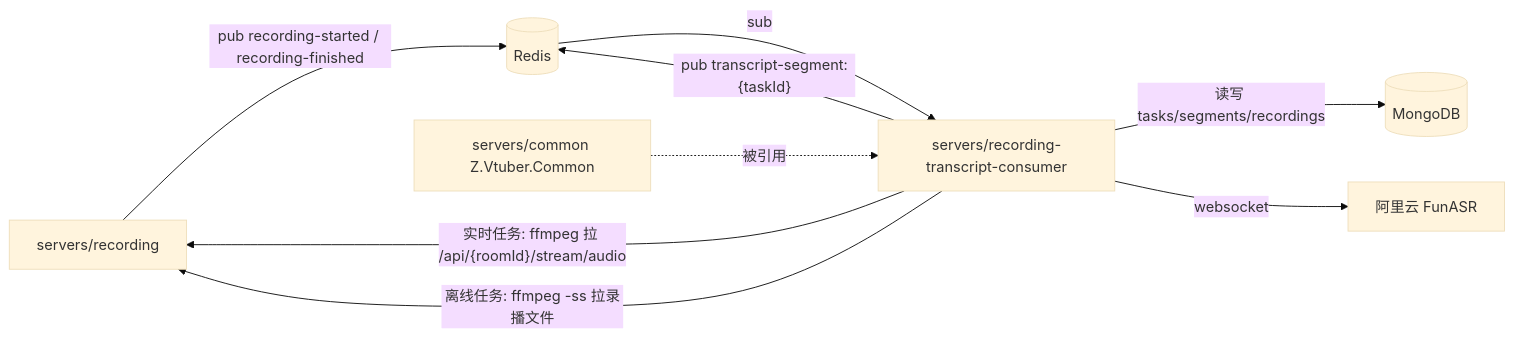
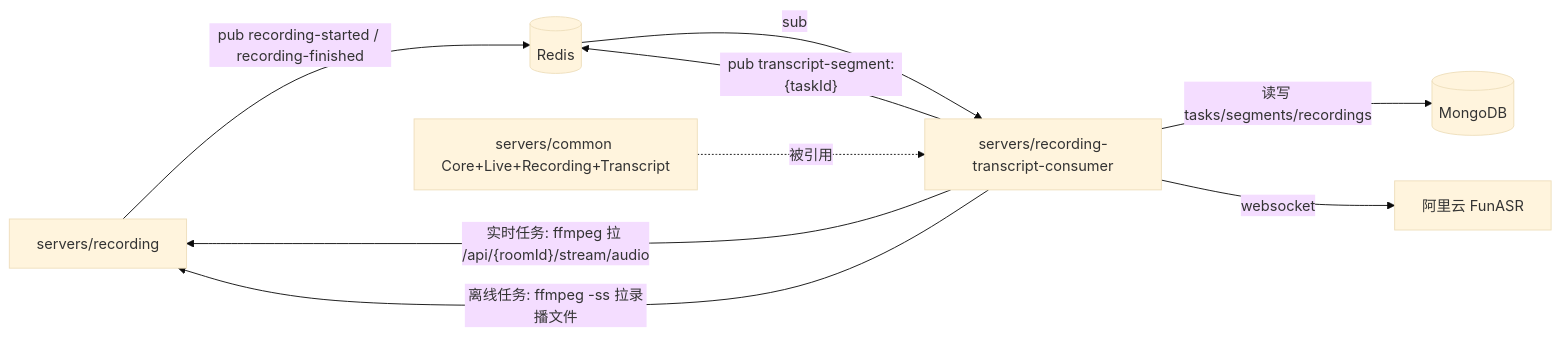
The diagram in servers/recording-transcript-consumer/AGENTS.md (Deliay/z-vtuber), drawn with Mermaid (base theme) before and after one commit. The commit also changed 9 other files, not shown here.

````diff
--- a/servers/recording-transcript-consumer/AGENTS.md
+++ b/servers/recording-transcript-consumer/AGENTS.md
@@ -15,11 +15,11 @@
 ```mermaid
 graph LR
     REC[servers/recording] -->|"pub recording-started / recording-finished"| R[(Redis)]
     R -->|sub| CONS[servers/recording-transcript-consumer]
     CONS -->|"pub transcript-segment:{taskId}"| R
     CONS -->|读写 tasks/segments/recordings| M[(MongoDB)]
     CONS -->|"实时任务: ffmpeg 拉 /api/{roomId}/stream/audio"| REC
     CONS -->|"离线任务: ffmpeg -ss 拉录播文件"| REC
     CONS -->|websocket| ASR[阿里云 FunASR]
-    Common[servers/common Z.Vtuber.Common] -.被引用.-> CONS
+    Common[servers/common Core+Live+Recording+Transcript] -.被引用.-> CONS
 ```
````
